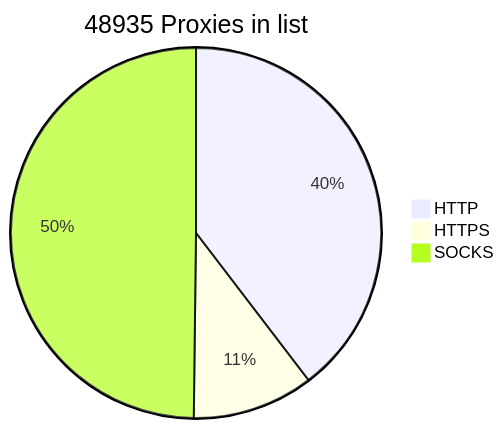
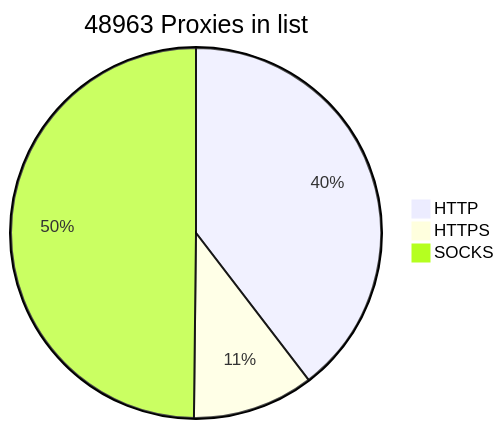
Before and after one commit to BlackSnowDot/proxylist-update-every-minute: the diagram in README.md, drawn with Mermaid.

````diff
--- a/README.md
+++ b/README.md
@@ -2,6 +2,6 @@
 ```mermaid
-pie title 48935 Proxies in list
+pie title 48963 Proxies in list
     "HTTP" : 21395
-    "HTTPS": 5714
-    "SOCKS" : 26902
+    "HTTPS": 5722
+    "SOCKS" : 26925
 ```
````
